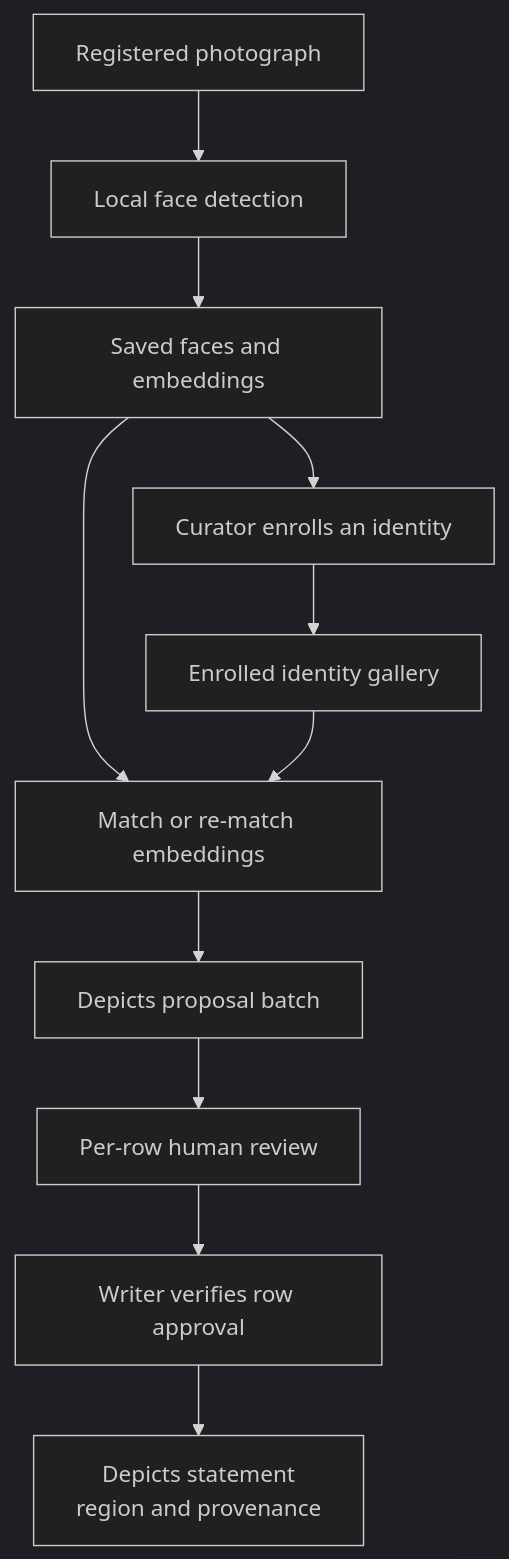
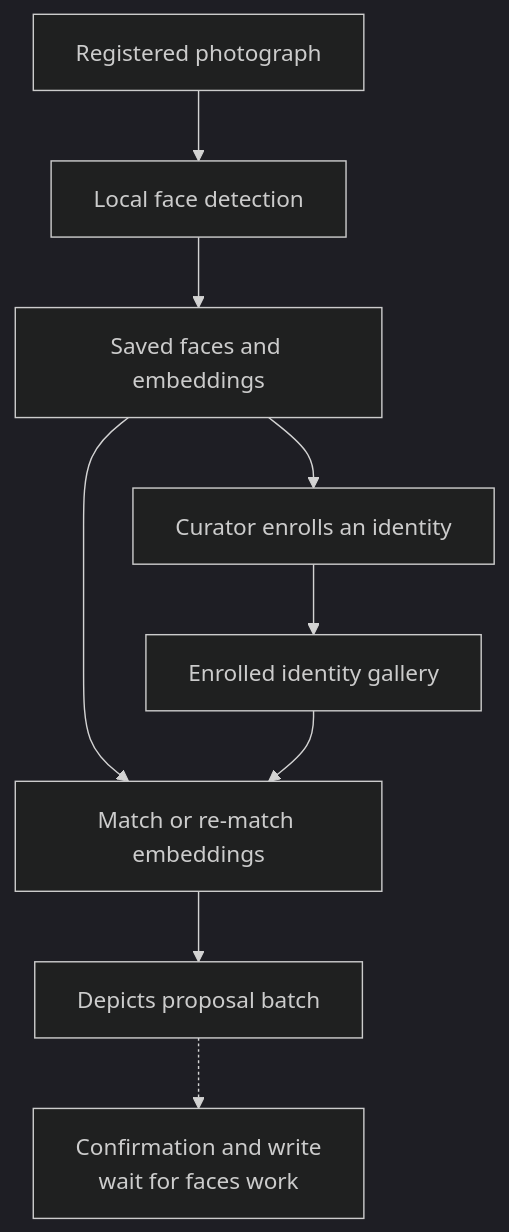
Before and after one commit to WillHirsch/yizkr: diagram 15 of 17 in docs/ARCHITECTURE.md, drawn with Mermaid (dark theme). The commit also changed other lines of this file and 39 other files, not shown here.

````diff
--- a/docs/ARCHITECTURE.md
+++ b/docs/ARCHITECTURE.md
@@ -352,13 +352,11 @@
 ```mermaid
 flowchart TD
     photo["Registered photograph"] --> detect["Local face detection"]
     detect --> saved["Saved faces and embeddings"]
     saved --> enroll["Curator enrolls an identity"]
     enroll --> gallery["Enrolled identity gallery"]
     saved --> match["Match or re-match embeddings"]
     gallery --> match
     match --> batch["Depicts proposal batch"]
-    batch --> review["Per-row human review"]
-    review --> writer["Writer verifies row approval"]
-    writer --> statement["Depicts statement<br/>region and provenance"]
+    batch -.-> pending["Confirmation and write<br/>wait for faces work"]
 ```
````
